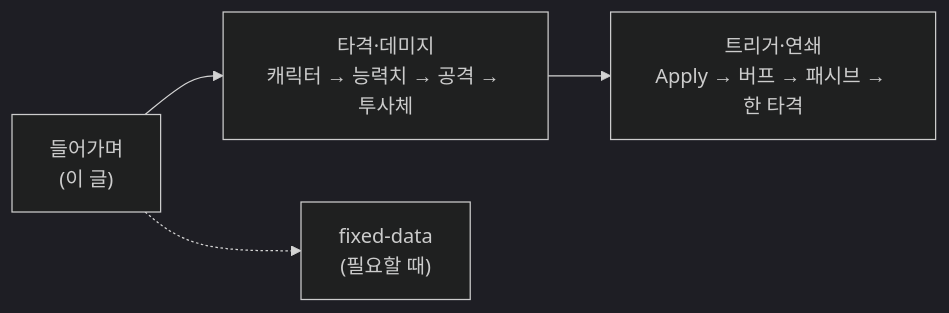
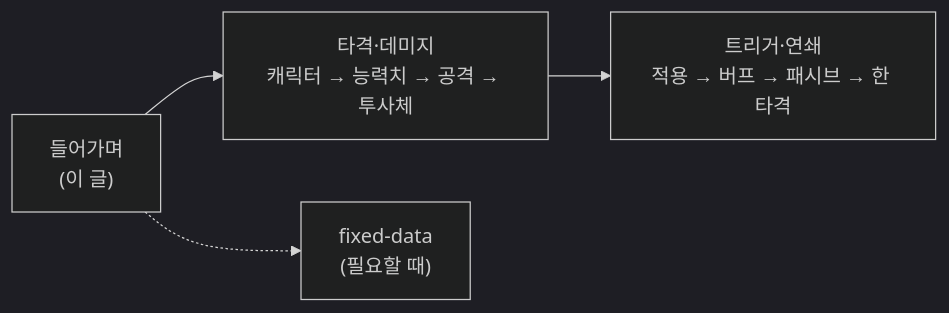
Before and after one commit to monet5379/monet5379.github.io: the diagram in notes/dragon-combat-cluster-read.md, drawn with Mermaid (dark theme). The commit also changed other lines of this file and 27 other files, not shown here.

````diff
--- a/notes/dragon-combat-cluster-read.md
+++ b/notes/dragon-combat-cluster-read.md
@@ -44,10 +44,10 @@
 ```mermaid
 flowchart LR
   P["들어가며<br/>(이 글)"]
   S1["타격·데미지<br/>캐릭터 → 능력치 → 공격 → 투사체"]
-  S2["트리거·연쇄<br/>Apply → 버프 → 패시브 → 한 타격"]
+  S2["트리거·연쇄<br/>적용 → 버프 → 패시브 → 한 타격"]
   P --> S1
   S1 --> S2
   FD["fixed-data<br/>(필요할 때)"]
   P -.-> FD
 ```
````
